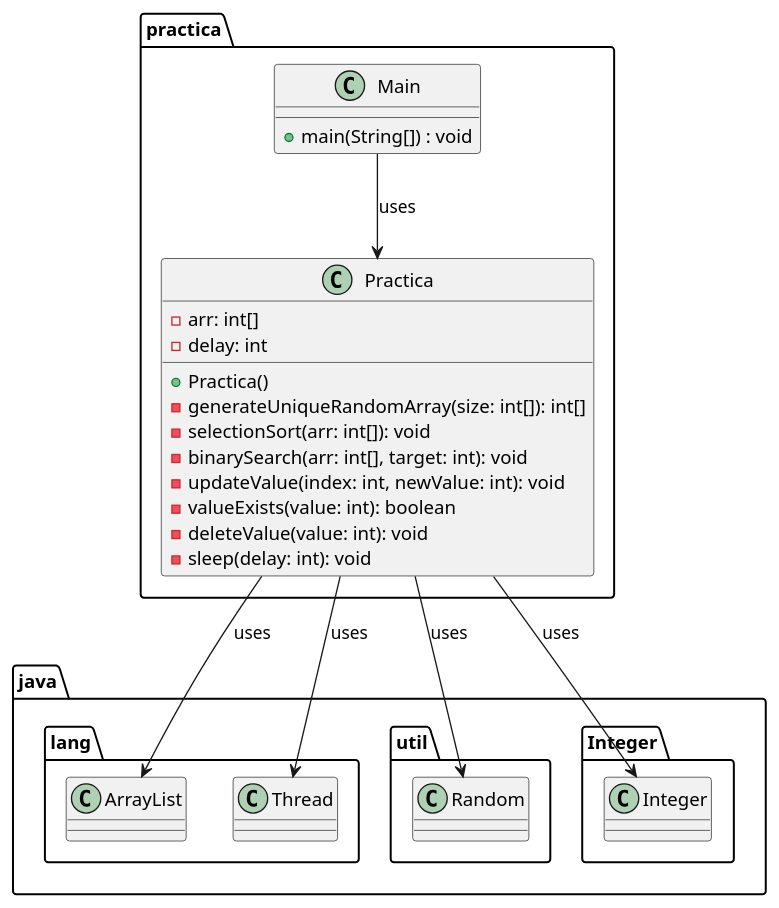
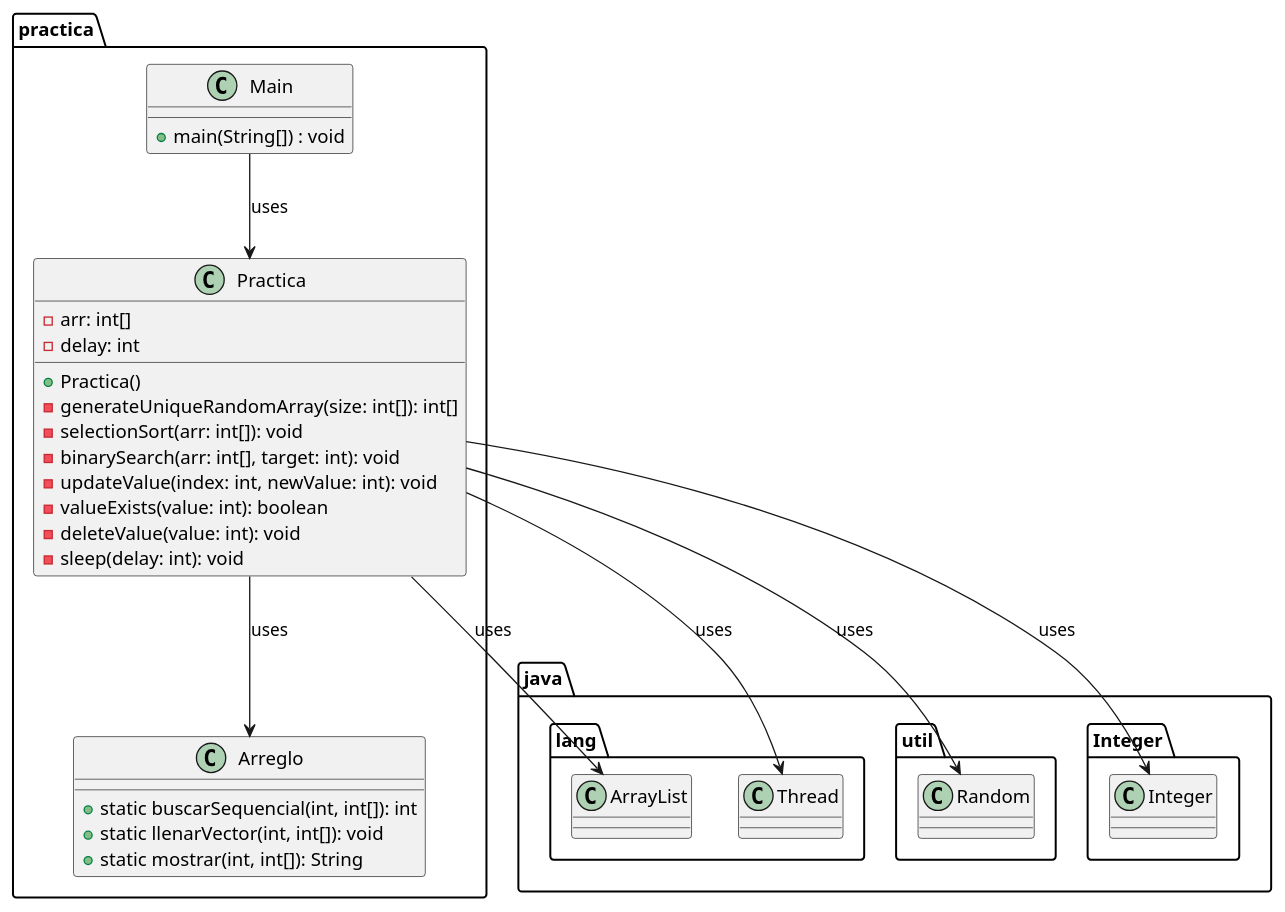
Before and after one commit to Santiago1809/practica-2-logica-programacion: the diagram in src/Diagrama.puml, drawn with PlantUML.

Commit message:
Correción diagrama de clases

```diff
--- a/src/Diagrama.puml
+++ b/src/Diagrama.puml
@@ -1,24 +1,31 @@
 @startuml
 
 class practica.Practica {
     - arr: int[]
     - delay: int
     + Practica()
     - generateUniqueRandomArray(size: int[]): int[]
     - selectionSort(arr: int[]): void
     - binarySearch(arr: int[], target: int): void
     - updateValue(index: int, newValue: int): void
     - valueExists(value: int): boolean
     - deleteValue(value: int): void
     - sleep(delay: int): void
 }
 
+class practica.Arreglo {
+    + static buscarSequencial(int, int[]): int
+    + static llenarVector(int, int[]): void
+    + static mostrar(int, int[]): String
+}
+
 class practica.Main {
     + main(String[]) : void
 }
+Practica --> Arreglo : uses
 Practica --> java.lang.ArrayList : uses
 Practica --> java.util.Random : uses
 Practica --> java.Integer.Integer : uses
 Practica --> java.lang.Thread : uses
 Main --> Practica : uses
 @enduml
```
